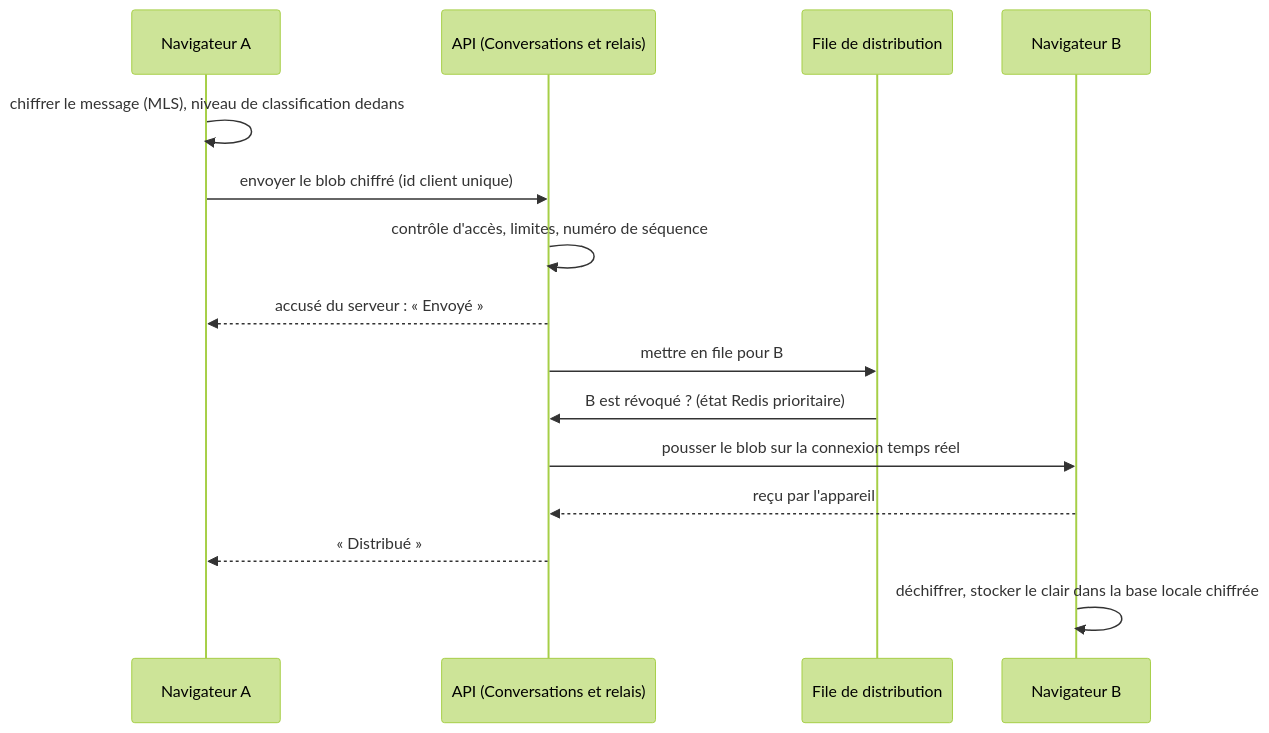
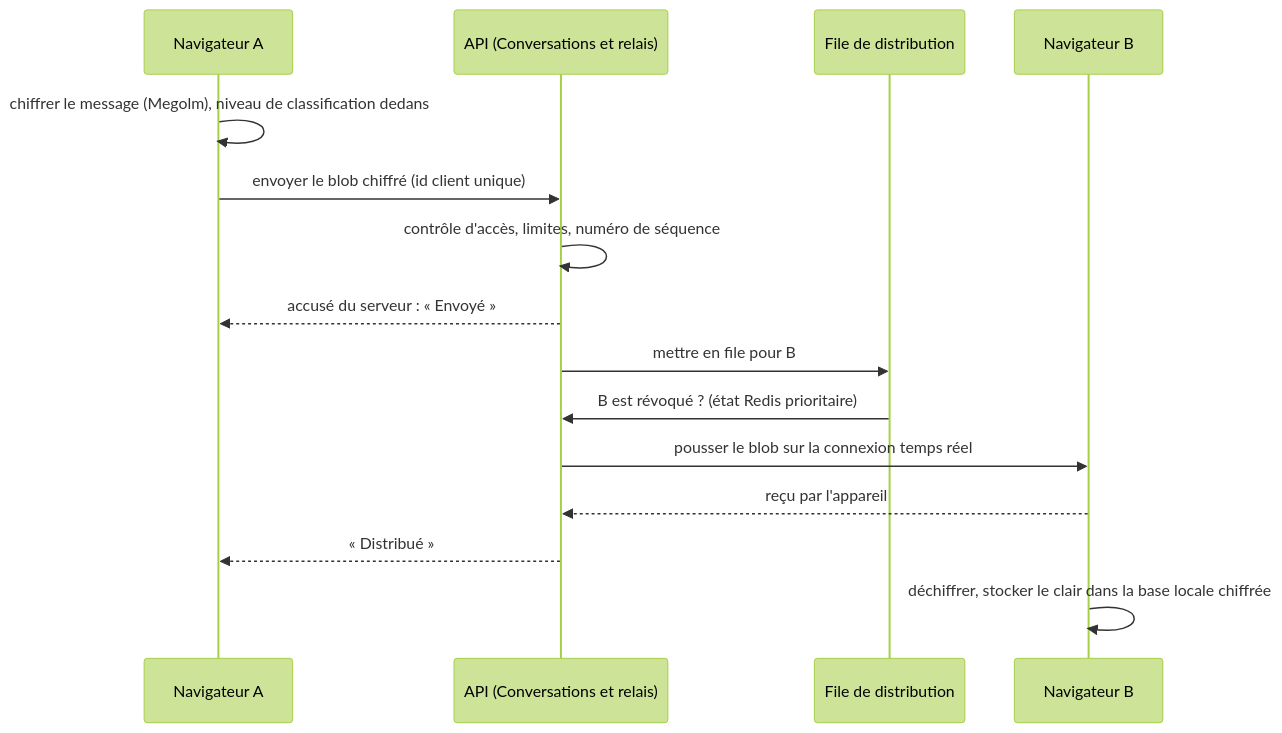
Before and after one commit to YaogoGerard/goama: the fourth of 12 diagrams in docs/05_modeling_uml_c4.md, drawn with Mermaid (forest theme). The commit also changed other lines of this file and 83 other files, not shown here.

````diff
--- a/docs/05_modeling_uml_c4.md
+++ b/docs/05_modeling_uml_c4.md
@@ -74,17 +74,17 @@
 ```mermaid
 sequenceDiagram
   participant A as Navigateur A
   participant S as API (Conversations et relais)
   participant Q as File de distribution
   participant B as Navigateur B
-  A->>A: chiffrer le message (MLS), niveau de classification dedans
+  A->>A: chiffrer le message (Megolm), niveau de classification dedans
   A->>S: envoyer le blob chiffré (id client unique)
   S->>S: contrôle d'accès, limites, numéro de séquence
   S-->>A: accusé du serveur : « Envoyé »
   S->>Q: mettre en file pour B
   Q->>S: B est révoqué ? (état Redis prioritaire)
   S->>B: pousser le blob sur la connexion temps réel
   B-->>S: reçu par l'appareil
   S-->>A: « Distribué »
   B->>B: déchiffrer, stocker le clair dans la base locale chiffrée
 ```
````
